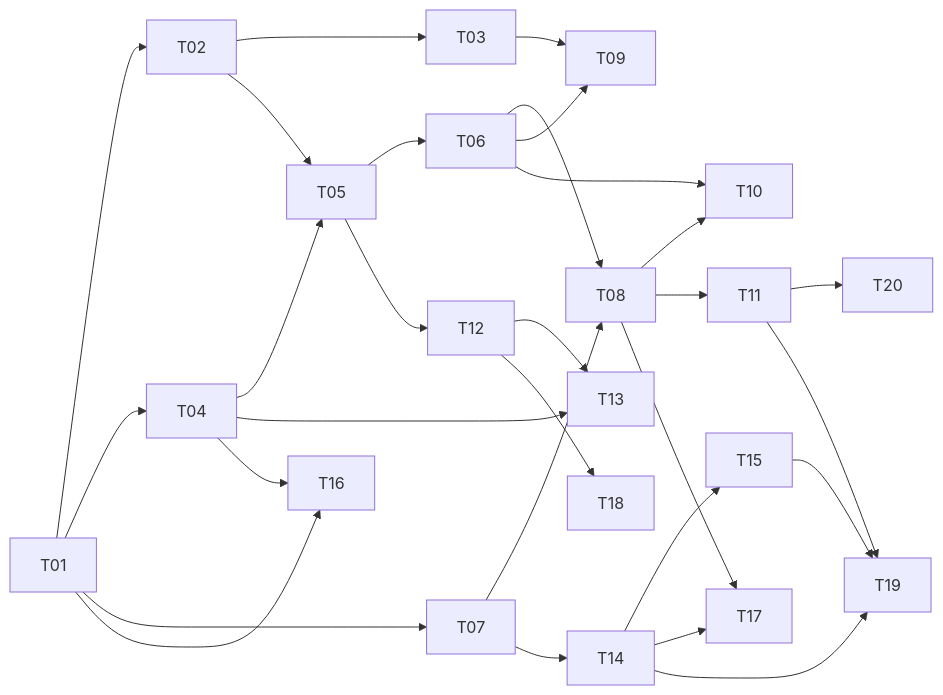
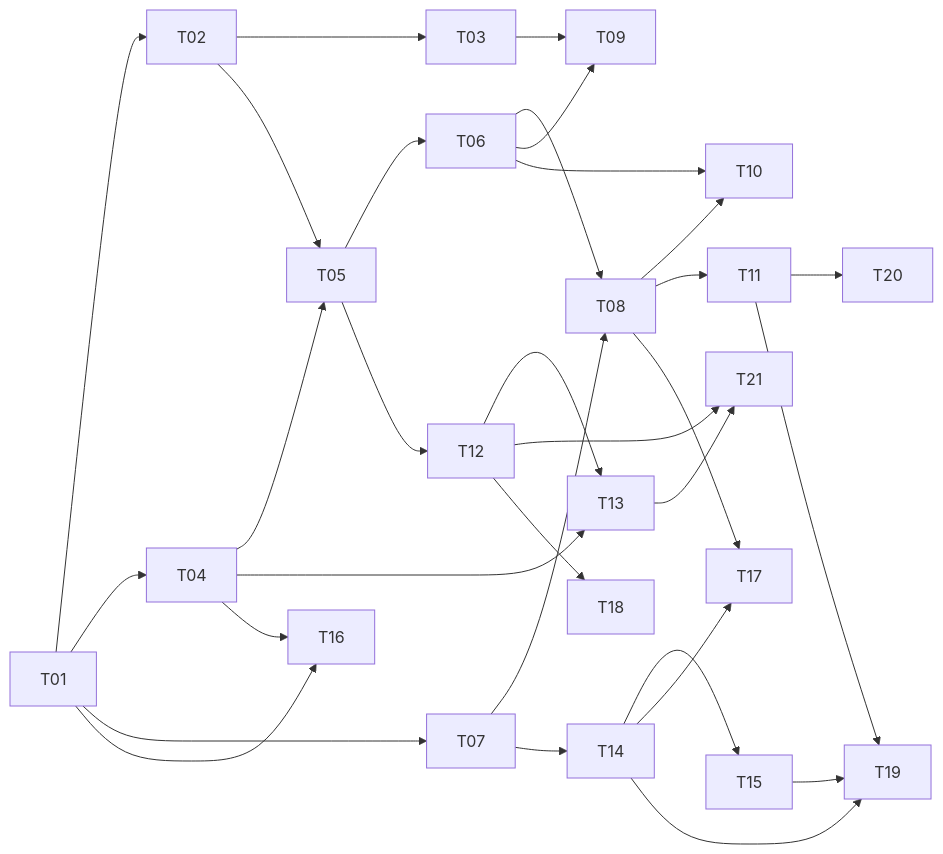
One commit to HeliosPersonal/jobhunter changed the diagram in docs/features/f4-cv-matching-ranking/tasks/tracker.md. Above: the diagram before and after it, drawn with Mermaid. The commit also changed other lines of this file and 15 other files, not shown here.

````diff
--- a/docs/features/f4-cv-matching-ranking/tasks/tracker.md
+++ b/docs/features/f4-cv-matching-ranking/tasks/tracker.md
@@ -57,25 +61,27 @@
 ```mermaid
 graph LR
   T01 --> T02 --> T03
   T01 --> T04 --> T05 --> T06
   T02 --> T05
   T01 --> T07 --> T08
   T06 --> T08
   T03 --> T09
   T06 --> T09
   T05 --> T12 --> T13
   T04 --> T13
+  T12 --> T21
+  T13 --> T21
   T06 --> T10
   T08 --> T10
   T08 --> T11
   T11 --> T20
   T07 --> T14 --> T15
   T14 --> T17
   T08 --> T17
   T01 --> T16
   T04 --> T16
   T12 --> T18
   T11 --> T19
   T14 --> T19
   T15 --> T19
 ```
````
